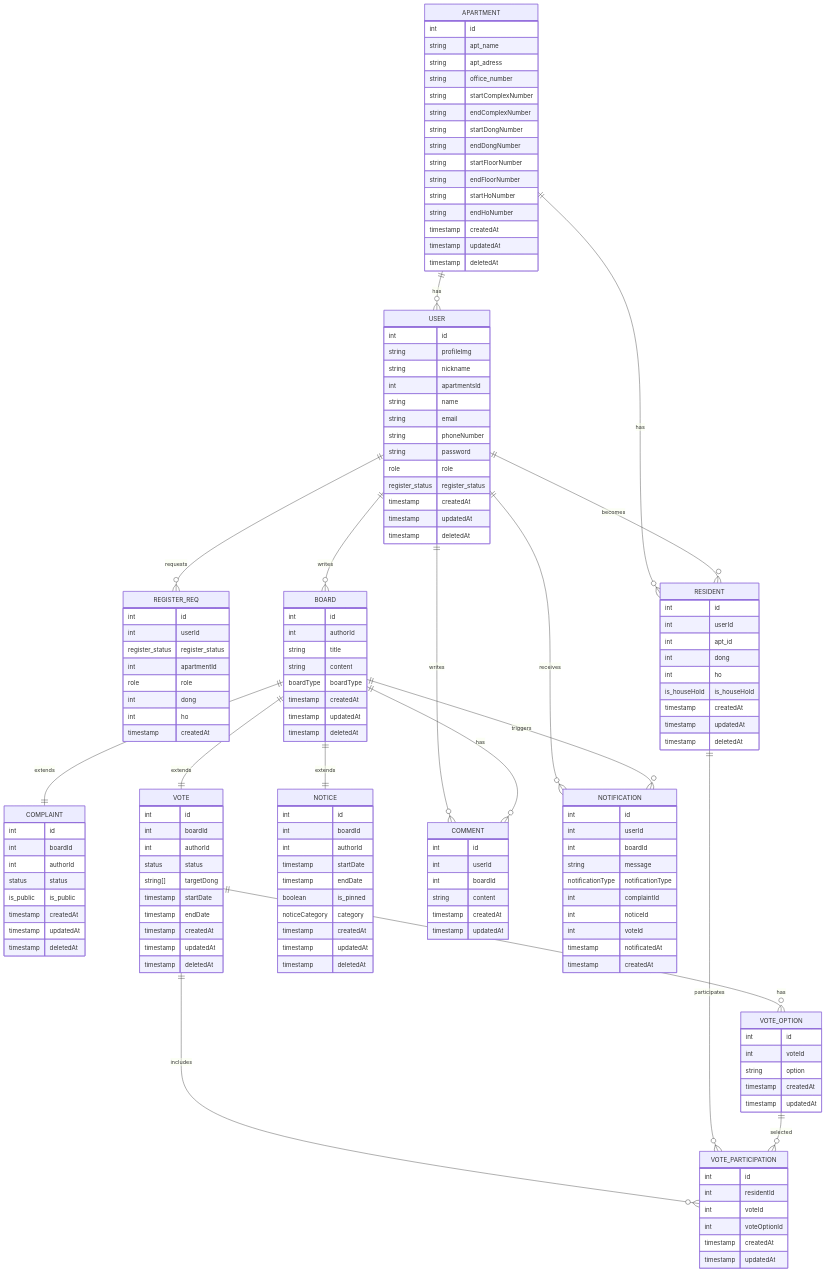
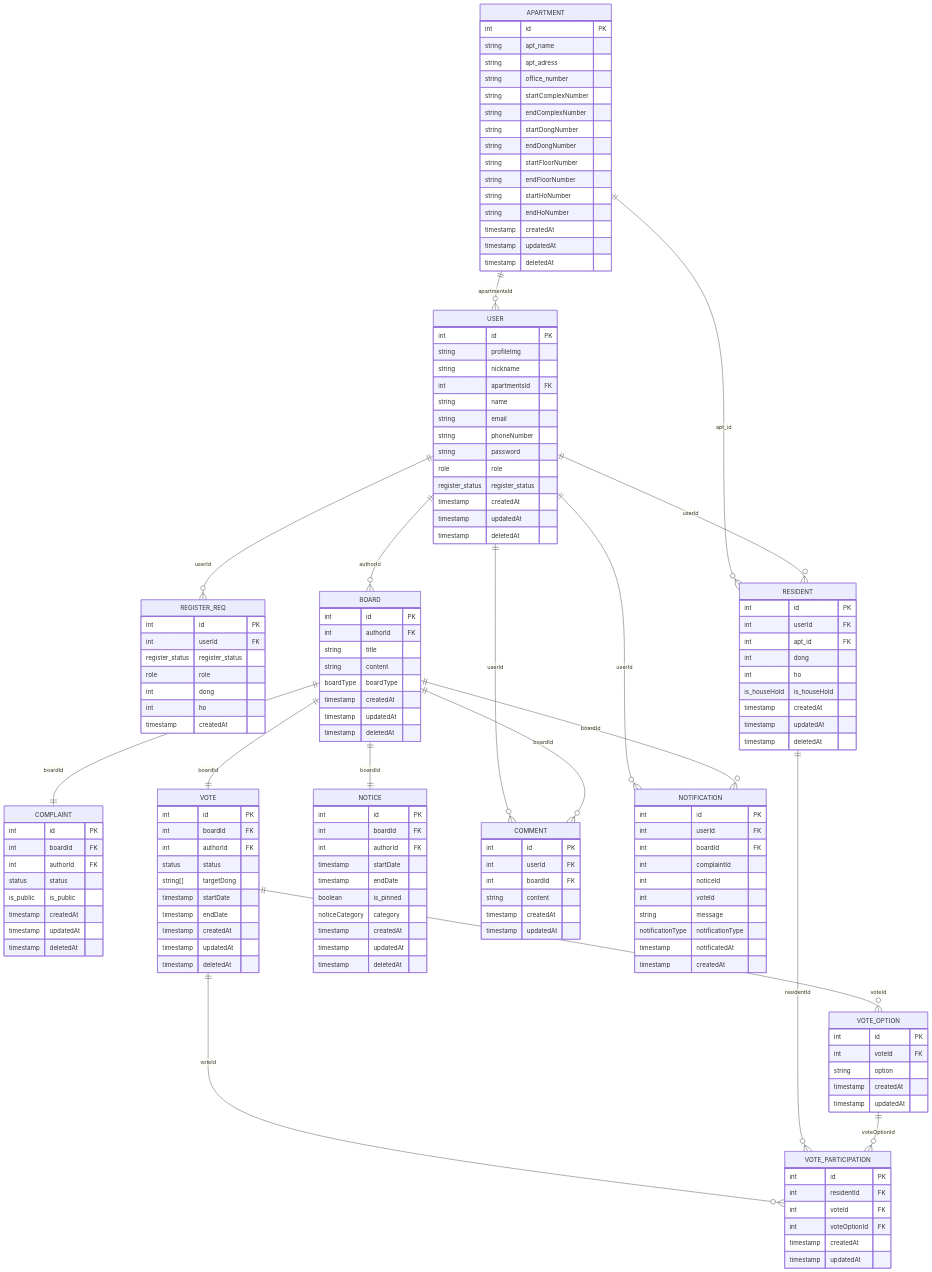
One commit to minyeok123/nb06-welive-team1 changed the diagram in ERD.mmd. Above: the diagram before and after it, drawn with Mermaid. The commit also changed 3 other files, not shown here.

```diff
--- a/ERD.mmd
+++ b/ERD.mmd
@@ -1,169 +1,168 @@
 erDiagram
     USER {
-        int id
+        int id PK
         string profileImg
         string nickname
-        int apartmentsId
+        int apartmentsId FK
         string name
         string email
         string phoneNumber
         string password
         role role
         register_status register_status
         timestamp createdAt
         timestamp updatedAt
         timestamp deletedAt
     }
 
-    REGISTER_REQ {
-        int id
-        int userId
-        register_status register_status
-        int apartmentId
-        role role
-        int dong
-        int ho
-        timestamp createdAt
-    }
-
     APARTMENT {
-        int id
+        int id PK
         string apt_name
         string apt_adress
         string office_number
         string startComplexNumber
         string endComplexNumber
         string startDongNumber
         string endDongNumber
         string startFloorNumber
         string endFloorNumber
         string startHoNumber
         string endHoNumber
         timestamp createdAt
         timestamp updatedAt
         timestamp deletedAt
     }
 
+    REGISTER_REQ {
+        int id PK
+        int userId FK
+        register_status register_status
+        role role
+        int dong
+        int ho
+        timestamp createdAt
+    }
+
     RESIDENT {
-        int id
-        int userId
-        int apt_id
+        int id PK
+        int userId FK
+        int apt_id FK
         int dong
         int ho
         is_houseHold is_houseHold
         timestamp createdAt
         timestamp updatedAt
         timestamp deletedAt
     }
 
     BOARD {
-        int id
-        int authorId
+        int id PK
+        int authorId FK
         string title
         string content
         boardType boardType
         timestamp createdAt
         timestamp updatedAt
         timestamp deletedAt
     }
 
     COMPLAINT {
-        int id
-        int boardId
-        int authorId
+        int id PK
+        int boardId FK
+        int authorId FK
         status status
         is_public is_public
         timestamp createdAt
         timestamp updatedAt
         timestamp deletedAt
     }
 
     VOTE {
-        int id
-        int boardId
-        int authorId
+        int id PK
+        int boardId FK
+        int authorId FK
         status status
         string[] targetDong
         timestamp startDate
         timestamp endDate
         timestamp createdAt
         timestamp updatedAt
         timestamp deletedAt
     }
 
     NOTICE {
-        int id
-        int boardId
-        int authorId
+        int id PK
+        int boardId FK
+        int authorId FK
         timestamp startDate
         timestamp endDate
         boolean is_pinned
         noticeCategory category
         timestamp createdAt
         timestamp updatedAt
         timestamp deletedAt
     }
 
     COMMENT {
-        int id
-        int userId
-        int boardId
+        int id PK
+        int userId FK
+        int boardId FK
         string content
         timestamp createdAt
         timestamp updatedAt
     }
 
     VOTE_OPTION {
-        int id
-        int voteId
+        int id PK
+        int voteId FK
         string option
         timestamp createdAt
         timestamp updatedAt
     }
 
     VOTE_PARTICIPATION {
-        int id
-        int residentId
-        int voteId
-        int voteOptionId
+        int id PK
+        int residentId FK
+        int voteId FK
+        int voteOptionId FK
         timestamp createdAt
         timestamp updatedAt
     }
 
     NOTIFICATION {
-        int id
-        int userId
-        int boardId
+        int id PK
+        int userId FK
+        int boardId FK
+        int complaintId 
+        int noticeId 
+        int voteId 
         string message
         notificationType notificationType
-        int complaintId
-        int noticeId
-        int voteId
         timestamp notificatedAt
         timestamp createdAt
     }
 
-   
+    %% ======================
     %% Relationships
-    
+    %% ======================
 
-    APARTMENT ||--o{ USER : has
-    APARTMENT ||--o{ RESIDENT : has
+    APARTMENT ||--o{ USER : apartmentsId
+    APARTMENT ||--o{ RESIDENT : apt_id
 
-    USER ||--o{ RESIDENT : becomes
-    USER ||--o{ REGISTER_REQ : requests
-    USER ||--o{ BOARD : writes
-    USER ||--o{ COMMENT : writes
-    USER ||--o{ NOTIFICATION : receives
+    USER ||--o{ REGISTER_REQ : userId
+    USER ||--o{ RESIDENT : userId
+    USER ||--o{ BOARD : authorId
+    USER ||--o{ COMMENT : userId
+    USER ||--o{ NOTIFICATION : userId
 
-    BOARD ||--o{ COMMENT : has
-    BOARD ||--|| COMPLAINT : extends
-    BOARD ||--|| VOTE : extends
-    BOARD ||--|| NOTICE : extends
-    BOARD ||--o{ NOTIFICATION : triggers
+    BOARD ||--o{ COMMENT : boardId
+    BOARD ||--|| COMPLAINT : boardId
+    BOARD ||--|| VOTE : boardId
+    BOARD ||--|| NOTICE : boardId
+    BOARD ||--o{ NOTIFICATION : boardId
 
-    VOTE ||--o{ VOTE_OPTION : has
-    VOTE ||--o{ VOTE_PARTICIPATION : includes
+    VOTE ||--o{ VOTE_OPTION : voteId
+    VOTE ||--o{ VOTE_PARTICIPATION : voteId
 
-    RESIDENT ||--o{ VOTE_PARTICIPATION : participates
-    VOTE_OPTION ||--o{ VOTE_PARTICIPATION : selected
+    RESIDENT ||--o{ VOTE_PARTICIPATION : residentId
+    VOTE_OPTION ||--o{ VOTE_PARTICIPATION : voteOptionId
```
